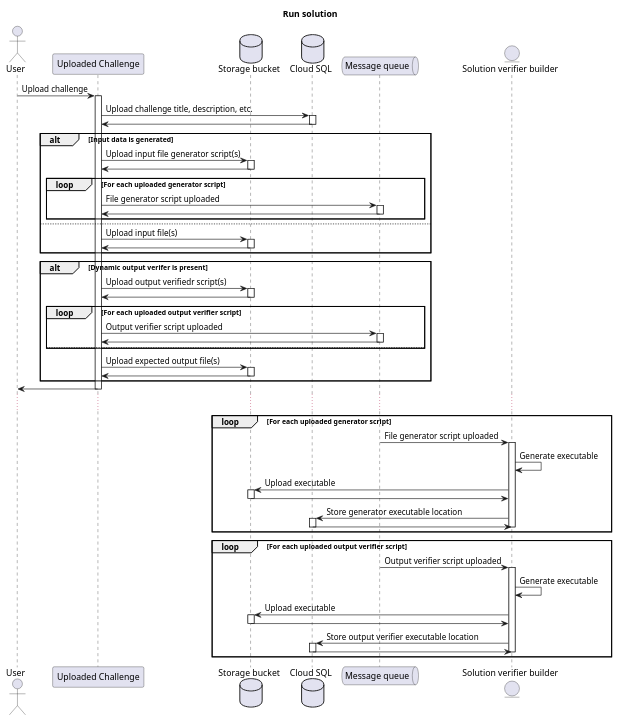
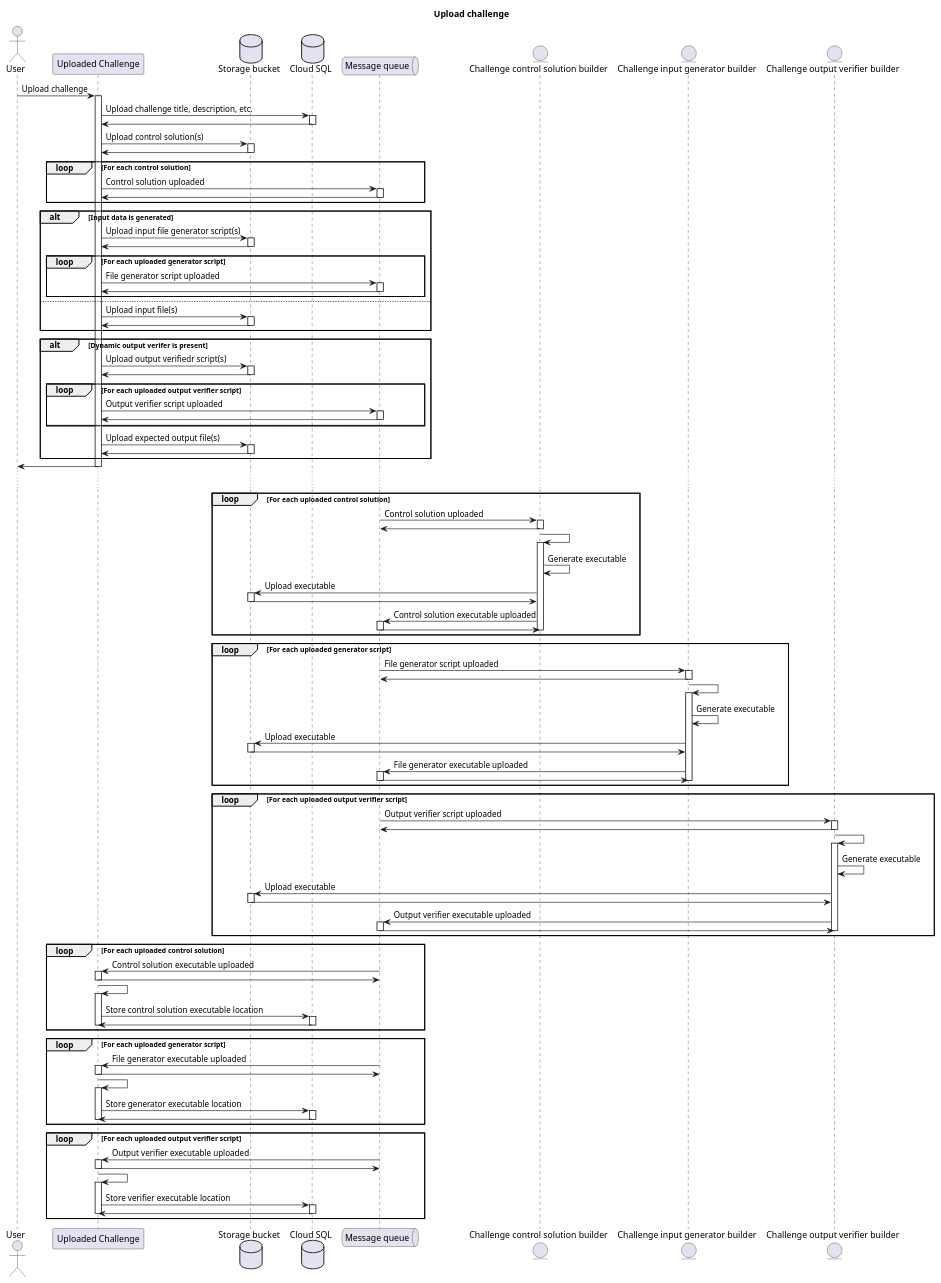
One commit to nemaberci/codehub changed the diagram in specification/upload_challege.plantuml. Above: the diagram before and after it, drawn with PlantUML. The commit also changed 2 other files, not shown here.

Commit message:
GH-1 Updated arrows, updated challenge upload process

```diff
--- a/specification/upload_challege.plantuml
+++ b/specification/upload_challege.plantuml
@@ -1,63 +1,115 @@
-@startuml Run solution
-title Run solution
+@startuml Upload challenge
+title Upload challenge
 
 actor "User" as user
 participant "Uploaded Challenge" as challenge
 database "Storage bucket" as bucket
 database "Cloud SQL" as sql
 queue "Message queue" as mq
-entity "Solution verifier builder" as builder
+entity "Challenge control solution builder" as controlSolutionBuilder
+entity "Challenge input generator builder" as inputGeneratorBuilder
+entity "Challenge output verifier builder" as outputVerifierBuilder
 
 user -> challenge ++: Upload challenge
 challenge -> sql ++: Upload challenge title, description, etc.
 sql -> challenge --
+
+challenge -> bucket ++: Upload control solution(s)
+bucket -> challenge --
+loop For each control solution
+challenge -> mq ++: Control solution uploaded
+mq -> challenge --
+end
 
 alt Input data is generated
 challenge -> bucket ++: Upload input file generator script(s)
 bucket -> challenge --
 loop For each uploaded generator script
 challenge -> mq ++: File generator script uploaded
 mq -> challenge --
 end
 else
 challenge -> bucket ++: Upload input file(s)
 bucket -> challenge --
 end
 
 alt Dynamic output verifer is present
 challenge -> bucket ++: Upload output verifiedr script(s)
 bucket -> challenge --
 loop For each uploaded output verifier script
 challenge -> mq ++: Output verifier script uploaded
 mq -> challenge --
 else
 end
 challenge -> bucket ++: Upload expected output file(s)
 bucket -> challenge --
 end
 
 challenge -> user --
 
 ...
 
+loop For each uploaded control solution
+mq -> controlSolutionBuilder ++: Control solution uploaded
+controlSolutionBuilder -> mq --
+controlSolutionBuilder -> controlSolutionBuilder ++
+controlSolutionBuilder -> controlSolutionBuilder : Generate executable
+controlSolutionBuilder -> bucket ++: Upload executable
+bucket -> controlSolutionBuilder --
+controlSolutionBuilder -> mq ++: Control solution executable uploaded
+mq -> controlSolutionBuilder --
+deactivate controlSolutionBuilder
+end
+
 loop For each uploaded generator script
-mq -> builder ++: File generator script uploaded
-builder -> builder : Generate executable
-builder -> bucket ++: Upload executable
-bucket -> builder --
-builder -> sql ++: Store generator executable location
-sql -> builder --
-deactivate builder
+mq -> inputGeneratorBuilder ++: File generator script uploaded
+inputGeneratorBuilder -> mq --
+inputGeneratorBuilder -> inputGeneratorBuilder ++
+inputGeneratorBuilder -> inputGeneratorBuilder : Generate executable
+inputGeneratorBuilder -> bucket ++: Upload executable
+bucket -> inputGeneratorBuilder --
+inputGeneratorBuilder -> mq ++: File generator executable uploaded
+mq -> inputGeneratorBuilder --
+deactivate inputGeneratorBuilder
 end
 
 loop For each uploaded output verifier script
-mq -> builder ++: Output verifier script uploaded
-builder -> builder : Generate executable
-builder -> bucket ++: Upload executable
-bucket -> builder --
-builder -> sql ++: Store output verifier executable location
-sql -> builder --
-deactivate builder
+mq -> outputVerifierBuilder ++: Output verifier script uploaded
+outputVerifierBuilder -> mq --
+outputVerifierBuilder -> outputVerifierBuilder ++
+outputVerifierBuilder -> outputVerifierBuilder : Generate executable
+outputVerifierBuilder -> bucket ++: Upload executable
+bucket -> outputVerifierBuilder --
+outputVerifierBuilder -> mq ++: Output verifier executable uploaded
+mq -> outputVerifierBuilder --
+deactivate outputVerifierBuilder
+end
+
+loop For each uploaded control solution
+mq -> challenge ++: Control solution executable uploaded
+challenge -> mq --
+challenge -> challenge ++
+challenge -> sql ++: Store control solution executable location
+sql -> challenge --
+deactivate challenge
+end
+
+loop For each uploaded generator script
+mq -> challenge ++: File generator executable uploaded
+challenge -> mq --
+challenge -> challenge ++
+challenge -> sql ++: Store generator executable location
+sql -> challenge --
+deactivate challenge
+end
+
+loop For each uploaded output verifier script
+mq -> challenge ++: Output verifier executable uploaded
+challenge -> mq --
+challenge -> challenge ++
+challenge -> sql ++: Store verifier executable location
+sql -> challenge --
+deactivate challenge
 end
 
 @enduml
```
